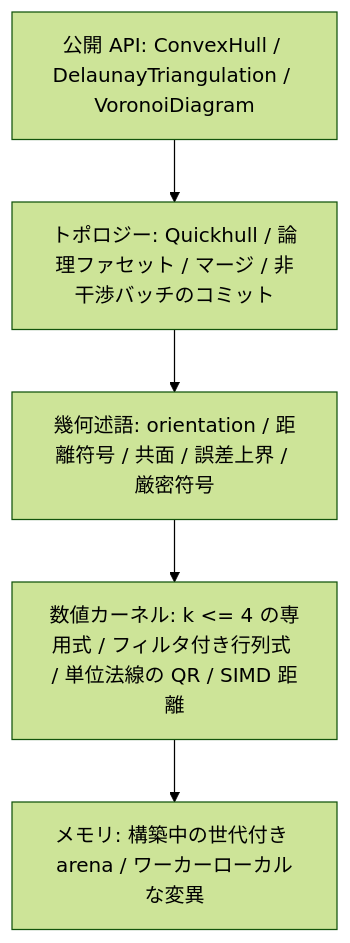
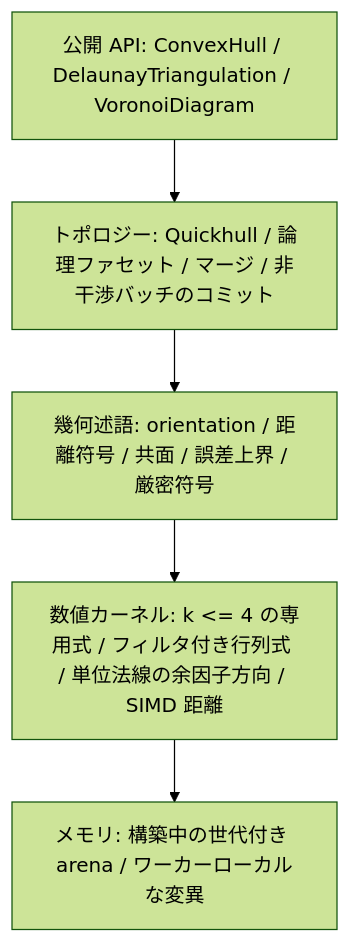
One commit to YUKIKEDA/convx changed the first of 2 diagrams in docs/design.ja.md. Above: the diagram before and after it, drawn with Mermaid (forest theme). The commit also changed other lines of this file and 6 other files, not shown here.

````diff
--- a/docs/design.ja.md
+++ b/docs/design.ja.md
@@ -43,9 +43,9 @@
 ```mermaid
 flowchart TD
     api["公開 API: ConvexHull / DelaunayTriangulation / VoronoiDiagram"]
     topo["トポロジー: Quickhull / 論理ファセット / マージ / 非干渉バッチのコミット"]
     pred["幾何述語: orientation / 距離符号 / 共面 / 誤差上界 / 厳密符号"]
-    num["数値カーネル: k <= 4 の専用式 / フィルタ付き行列式 / 単位法線の QR / SIMD 距離"]
+    num["数値カーネル: k <= 4 の専用式 / フィルタ付き行列式 / 単位法線の余因子方向 / SIMD 距離"]
     mem["メモリ: 構築中の世代付き arena / ワーカーローカルな変異"]
     api --> topo --> pred --> num --> mem
 ```
````
